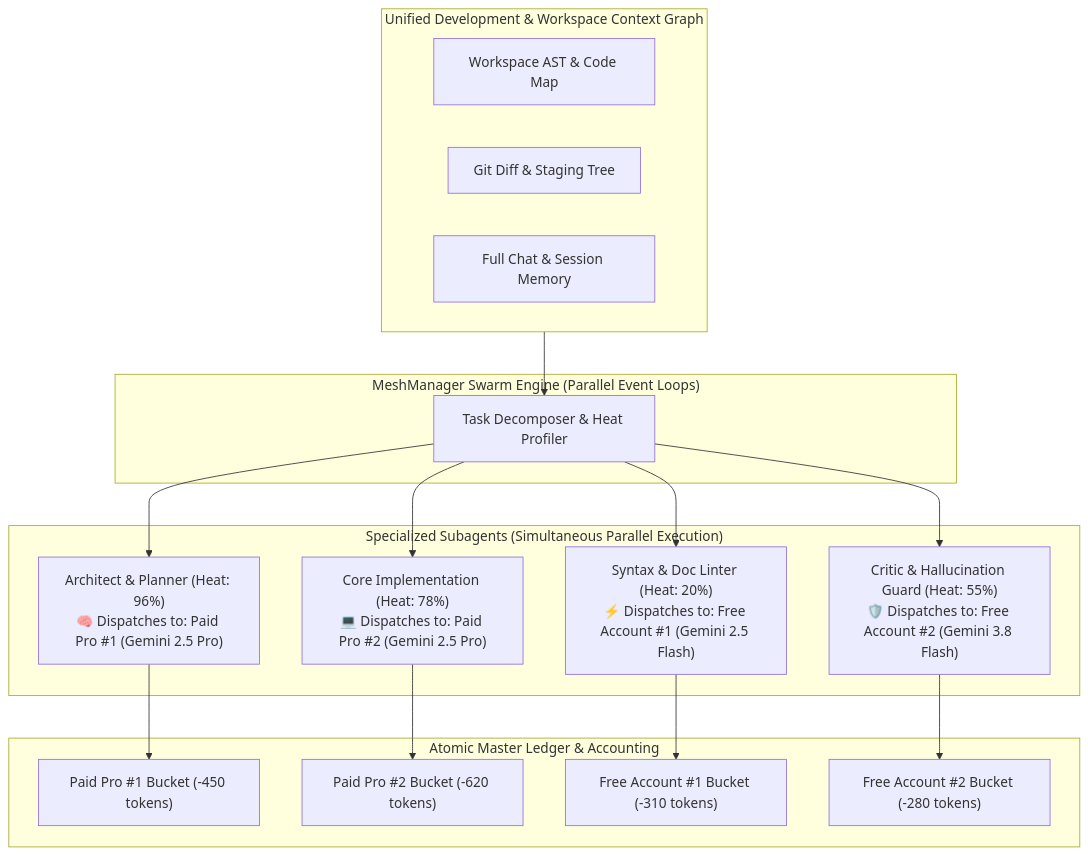
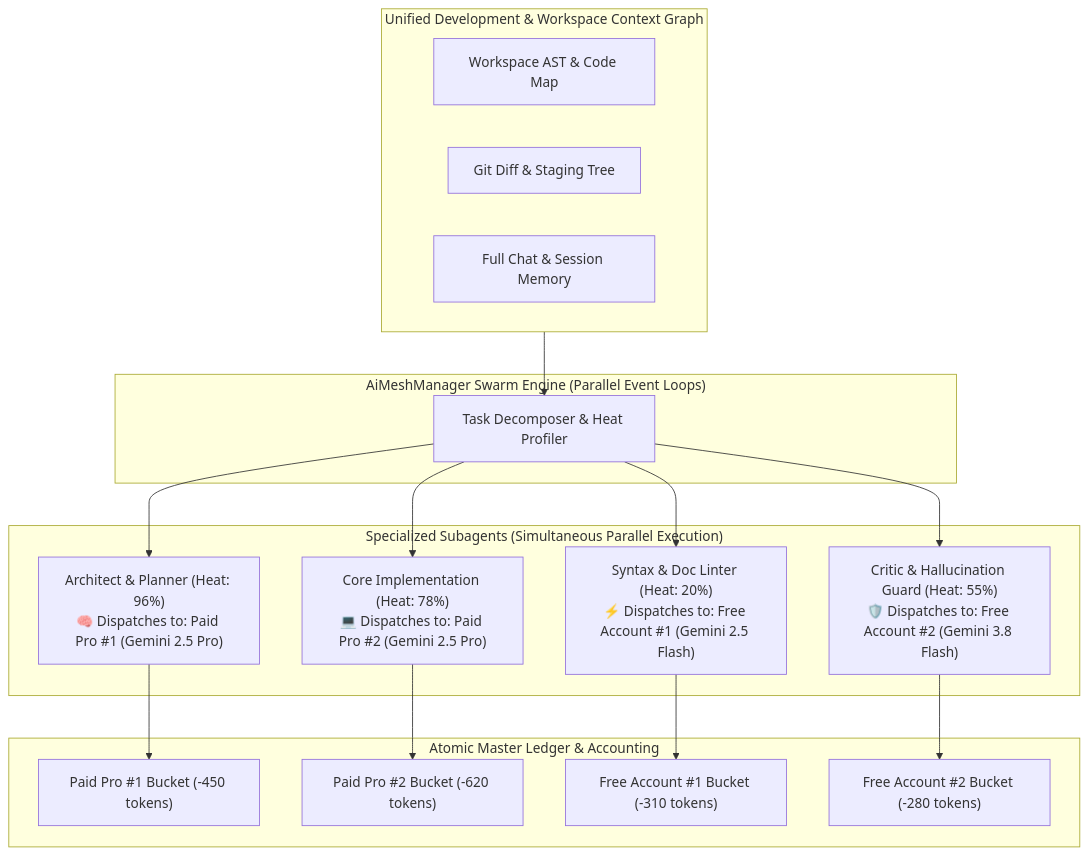
One commit to ommedical/AiMeshManager changed the second of 3 diagrams in README.md. Above: the diagram before and after it, drawn with Mermaid. The commit also changed other lines of this file, not shown here.

Commit message:
docs: restructure README with blank startup, account editing, key verification, and unified information flow

````diff
--- a/README.md
+++ b/README.md
@@ -175,36 +444,36 @@
 ```mermaid
 flowchart TD
     subgraph Context["Unified Development & Workspace Context Graph"]
         AST["Workspace AST & Code Map"]
         DIFF["Git Diff & Staging Tree"]
         HIST["Full Chat & Session Memory"]
     end
 
-    subgraph SwarmOrchestrator["MeshManager Swarm Engine (Parallel Event Loops)"]
+    subgraph SwarmOrchestrator["AiMeshManager Swarm Engine (Parallel Event Loops)"]
         SW["Task Decomposer & Heat Profiler"]
     end
 
     subgraph Subagents["Specialized Subagents (Simultaneous Parallel Execution)"]
         A1["Architect & Planner (Heat: 96%)<br/>🧠 Dispatches to: Paid Pro #1 (Gemini 2.5 Pro)"]
         A2["Core Implementation (Heat: 78%)<br/>💻 Dispatches to: Paid Pro #2 (Gemini 2.5 Pro)"]
         A3["Syntax & Doc Linter (Heat: 20%)<br/>⚡ Dispatches to: Free Account #1 (Gemini 2.5 Flash)"]
         A4["Critic & Hallucination Guard (Heat: 55%)<br/>🛡️ Dispatches to: Free Account #2 (Gemini 3.8 Flash)"]
     end
 
     subgraph AtomicLedger["Atomic Master Ledger & Accounting"]
         L1["Paid Pro #1 Bucket (-450 tokens)"]
         L2["Paid Pro #2 Bucket (-620 tokens)"]
         L3["Free Account #1 Bucket (-310 tokens)"]
         L4["Free Account #2 Bucket (-280 tokens)"]
     end
 
     Context --> SW
     SW --> A1
     SW --> A2
     SW --> A3
     SW --> A4
     A1 --> L1
     A2 --> L2
     A3 --> L3
     A4 --> L4
 ```
````
